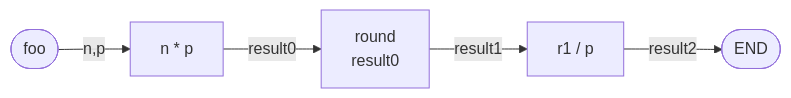
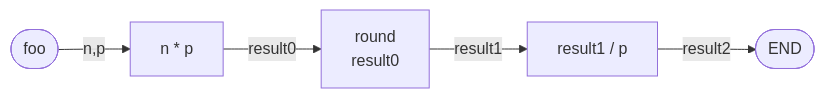
One commit to stuyvesant-cs/dwlessons changed the first of 3 diagrams in fcs/14_flow_if.md. Above: the diagram before and after it, drawn with Mermaid.

Commit message:
Update 14_flow_if.md
testing mermaind

````diff
--- a/fcs/14_flow_if.md
+++ b/fcs/14_flow_if.md
@@ -13,7 +13,7 @@
-<div class="mermaid" width="500px">
+```mermaid
 flowchart LR;
   id0([foo]) -- n,p --> id1[n * p];
   id1 -- result0 --> id2[round\nresult0];
-  id2 -- result1 --> id3[r1 / p];
+  id2 -- result1 --> id3[result1 / p];
   id3 -- result2 --> id4([END]);
-</div>
+```
````
